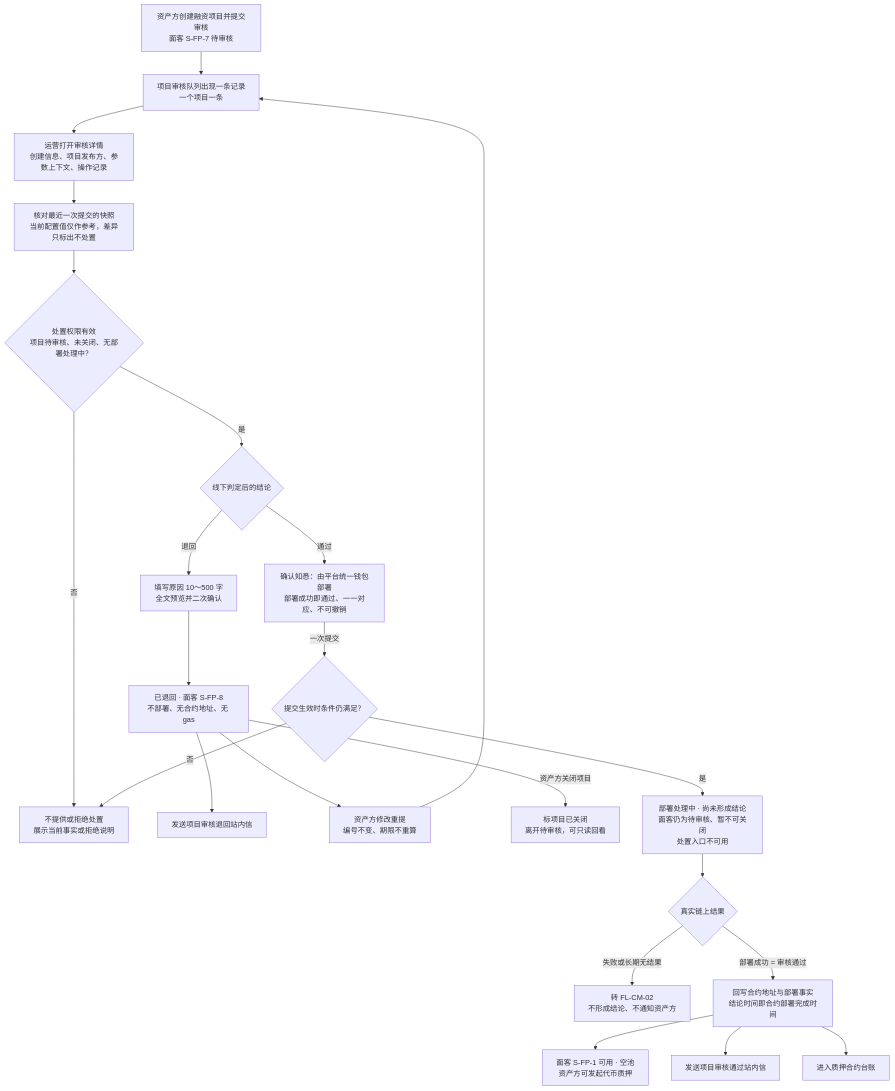
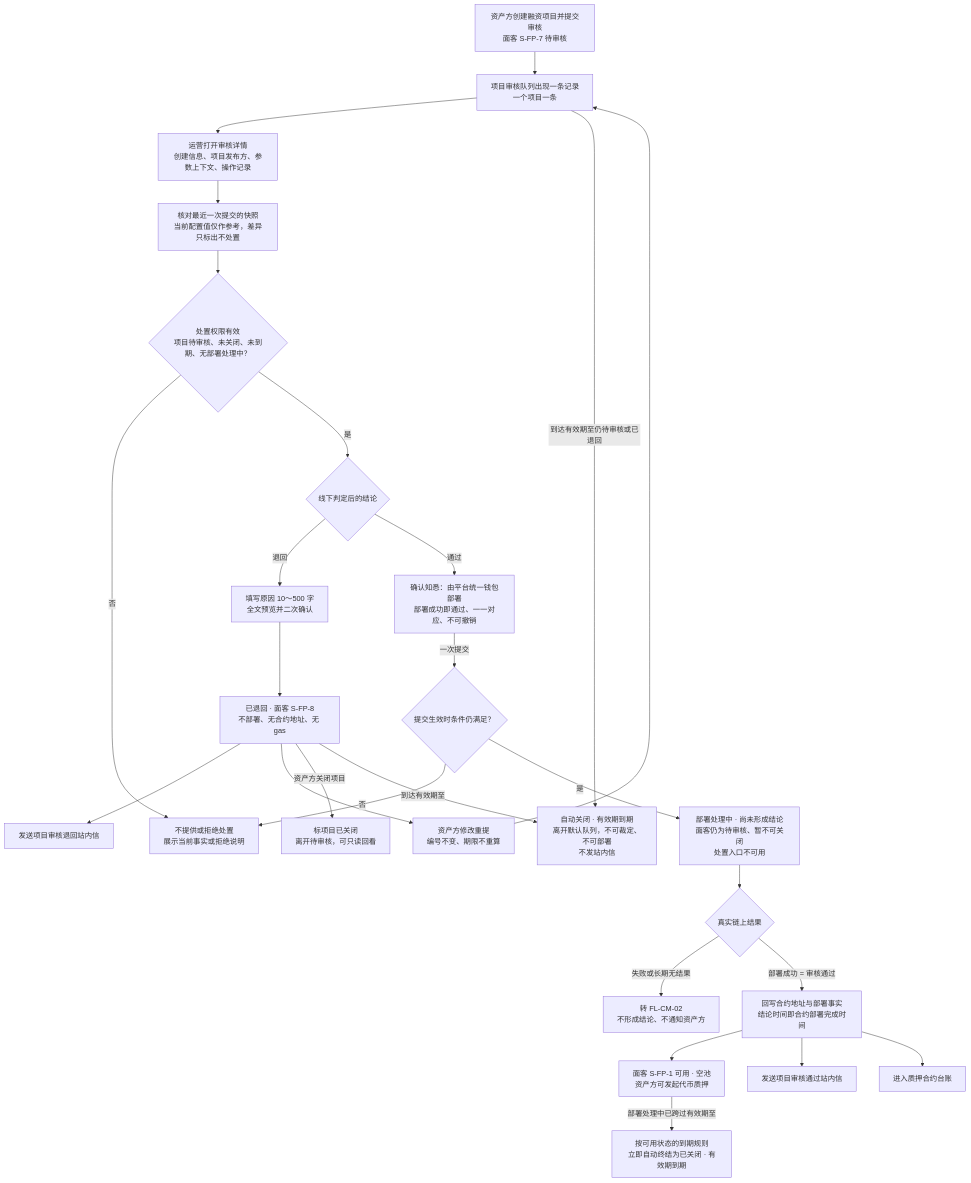
One commit to wxblockchain/Chain-Financing changed the first of 5 diagrams in lending-platform/PRD/运营端/04-运营端项目合约管理/02-运营端项目合约管理-流程图与状态机.md. Above: the diagram before and after it, drawn with Mermaid. The commit also changed other lines of this file and 9 other files, not shown here.

````diff
--- a/lending-platform/PRD/运营端/04-运营端项目合约管理/02-运营端项目合约管理-流程图与状态机.md
+++ b/lending-platform/PRD/运营端/04-运营端项目合约管理/02-运营端项目合约管理-流程图与状态机.md
@@ -19,25 +19,28 @@
 ```mermaid
 flowchart TD
   A0["资产方创建融资项目并提交审核<br/>面客 S-FP-7 待审核"] --> A1["项目审核队列出现一条记录<br/>一个项目一条"]
   A1 --> A2["运营打开审核详情<br/>创建信息、项目发布方、参数上下文、操作记录"]
   A2 --> A3["核对最近一次提交的快照<br/>当前配置值仅作参考，差异只标出不处置"]
-  A3 --> A5{"处置权限有效<br/>项目待审核、未关闭、无部署处理中？"}
+  A3 --> A5{"处置权限有效<br/>项目待审核、未关闭、未到期、无部署处理中？"}
   A5 -- "否" --> A6["不提供或拒绝处置<br/>展示当前事实或拒绝说明"]
   A5 -- "是" --> A7{"线下判定后的结论"}
   A7 -- "退回" --> B1["填写原因 10～500 字<br/>全文预览并二次确认"]
   B1 --> B2["已退回 · 面客 S-FP-8<br/>不部署、无合约地址、无 gas"]
   B2 --> B3["发送项目审核退回站内信"]
   B2 --> B4["资产方修改重提<br/>编号不变、期限不重算"]
   B4 --> A1
   B2 -- "资产方关闭项目" --> B5["标项目已关闭<br/>离开待审核，可只读回看"]
+  A1 -- "到达有效期至仍待审核或已退回" --> E1["自动关闭 · 有效期到期<br/>离开默认队列，不可裁定、不可部署<br/>不发站内信"]
+  B2 -- "到达有效期至" --> E1
   A7 -- "通过" --> C1["确认知悉：由平台统一钱包部署<br/>部署成功即通过、一一对应、不可撤销"]
   C1 -- "一次提交" --> C2{"提交生效时条件仍满足？"}
   C2 -- "否" --> A6
   C2 -- "是" --> C3["部署处理中 · 尚未形成结论<br/>面客仍为待审核、暂不可关闭<br/>处置入口不可用"]
   C3 --> C5{"真实链上结果"}
   C5 -- "失败或长期无结果" --> C6["转 FL-CM-02<br/>不形成结论、不通知资产方"]
   C5 -- "部署成功 = 审核通过" --> D1["回写合约地址与部署事实<br/>结论时间即合约部署完成时间"]
   D1 --> D2["面客 S-FP-1 可用 · 空池<br/>资产方可发起代币质押"]
   D1 --> D3["发送项目审核通过站内信"]
   D1 --> D4["进入质押合约台账"]
+  D2 -- "部署处理中已跨过有效期至" --> E2["按可用状态的到期规则<br/>立即自动终结为已关闭 · 有效期到期"]
 ```
````
